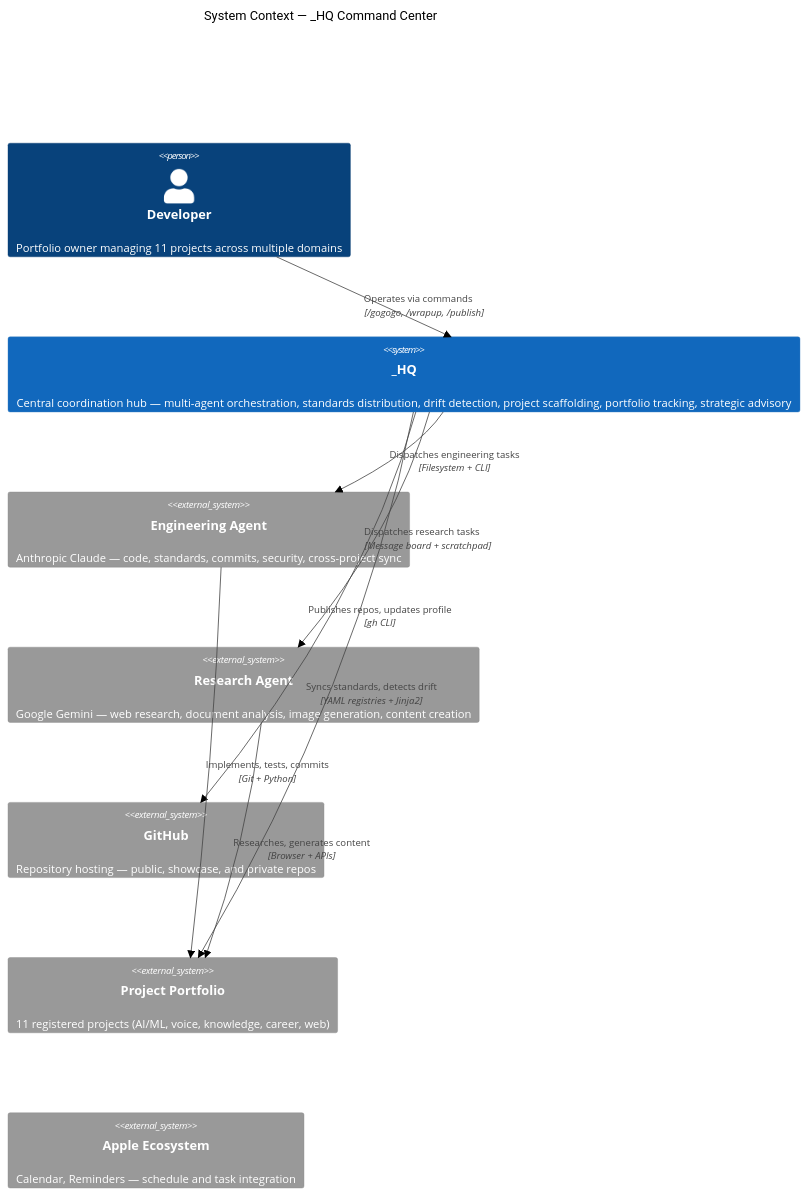
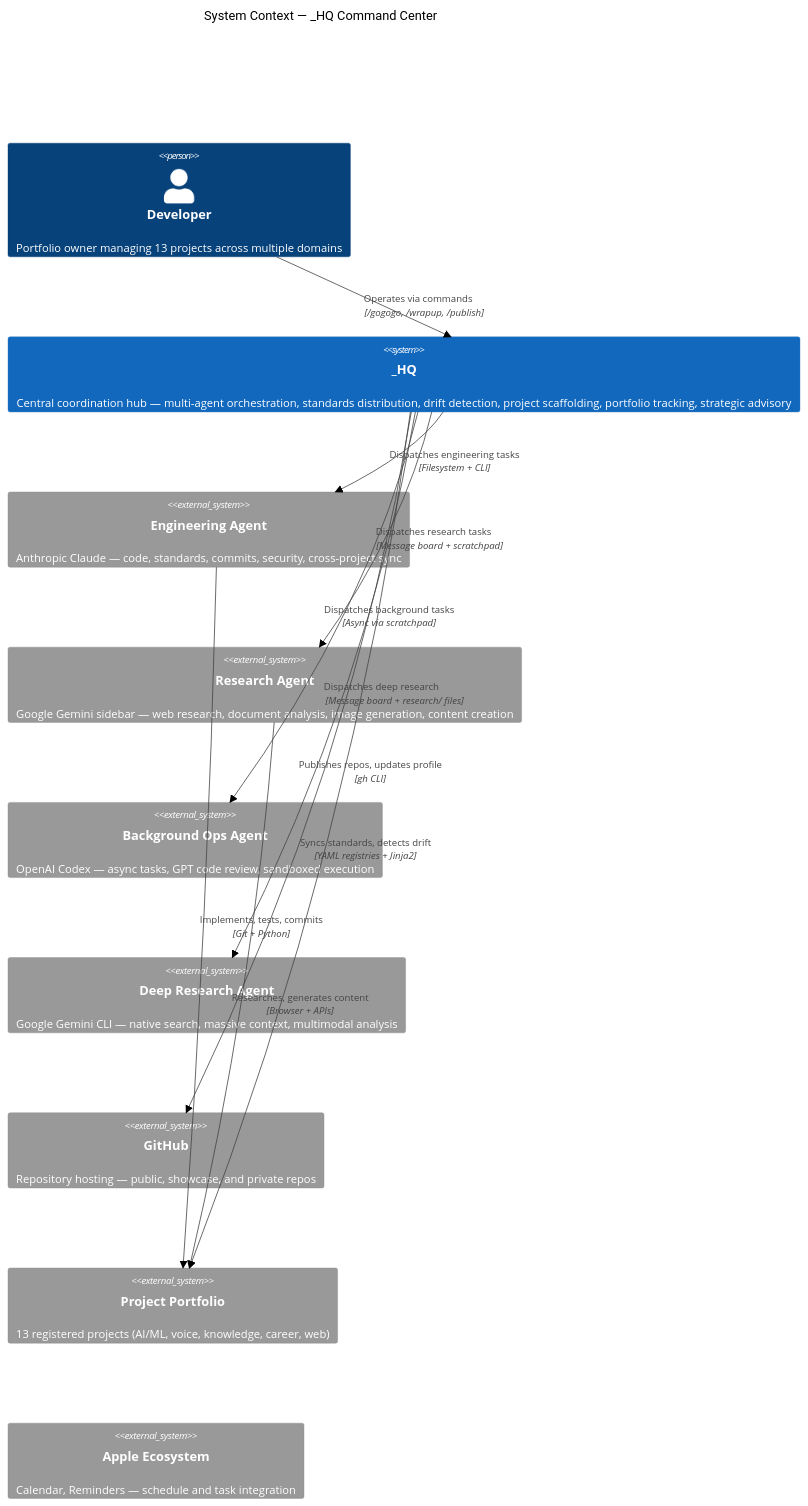
One commit to TJ-Neary/HQ-Command-Center changed the first of 7 diagrams in ARCHITECTURE.md. Above: the diagram before and after it, drawn with Mermaid (neutral theme). The commit also changed other lines of this file and 1 other file, not shown here.

First line of the commit message:
docs: update to four-agent ecosystem (13 projects, 4 agents, 3 platforms)

````diff
--- a/ARCHITECTURE.md
+++ b/ARCHITECTURE.md
@@ -12,22 +12,26 @@
 ```mermaid
 C4Context
     title System Context — _HQ Command Center
 
-    Person(dev, "Developer", "Portfolio owner managing 11 projects across multiple domains")
+    Person(dev, "Developer", "Portfolio owner managing 13 projects across multiple domains")
 
     System(hq, "_HQ", "Central coordination hub — multi-agent orchestration, standards distribution, drift detection, project scaffolding, portfolio tracking, strategic advisory")
 
     System_Ext(eng, "Engineering Agent", "Anthropic Claude — code, standards, commits, security, cross-project sync")
-    System_Ext(res, "Research Agent", "Google Gemini — web research, document analysis, image generation, content creation")
+    System_Ext(res, "Research Agent", "Google Gemini sidebar — web research, document analysis, image generation, content creation")
+    System_Ext(bg, "Background Ops Agent", "OpenAI Codex — async tasks, GPT code review, sandboxed execution")
+    System_Ext(deep, "Deep Research Agent", "Google Gemini CLI — native search, massive context, multimodal analysis")
     System_Ext(github, "GitHub", "Repository hosting — public, showcase, and private repos")
-    System_Ext(projects, "Project Portfolio", "11 registered projects (AI/ML, voice, knowledge, career, web)")
+    System_Ext(projects, "Project Portfolio", "13 registered projects (AI/ML, voice, knowledge, career, web)")
     System_Ext(apple, "Apple Ecosystem", "Calendar, Reminders — schedule and task integration")
 
     Rel(dev, hq, "Operates via commands", "/gogogo, /wrapup, /publish")
     Rel(hq, eng, "Dispatches engineering tasks", "Filesystem + CLI")
     Rel(hq, res, "Dispatches research tasks", "Message board + scratchpad")
+    Rel(hq, bg, "Dispatches background tasks", "Async via scratchpad")
+    Rel(hq, deep, "Dispatches deep research", "Message board + research/ files")
     Rel(hq, github, "Publishes repos, updates profile", "gh CLI")
     Rel(hq, projects, "Syncs standards, detects drift", "YAML registries + Jinja2")
     Rel(eng, projects, "Implements, tests, commits", "Git + Python")
     Rel(res, projects, "Researches, generates content", "Browser + APIs")
 ```
````
